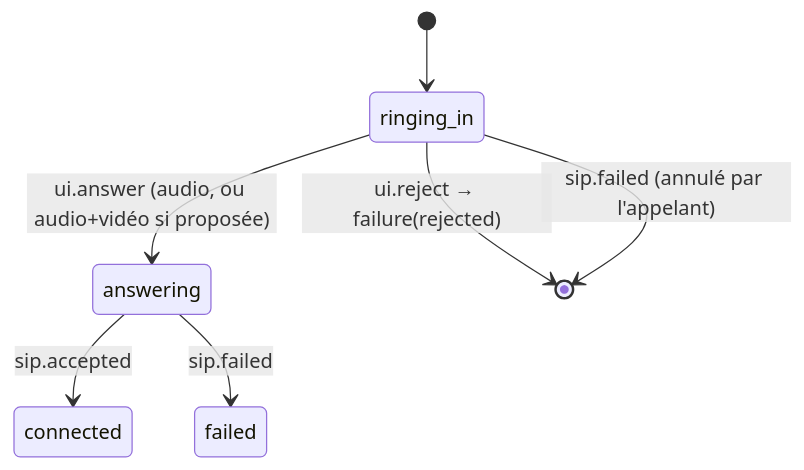
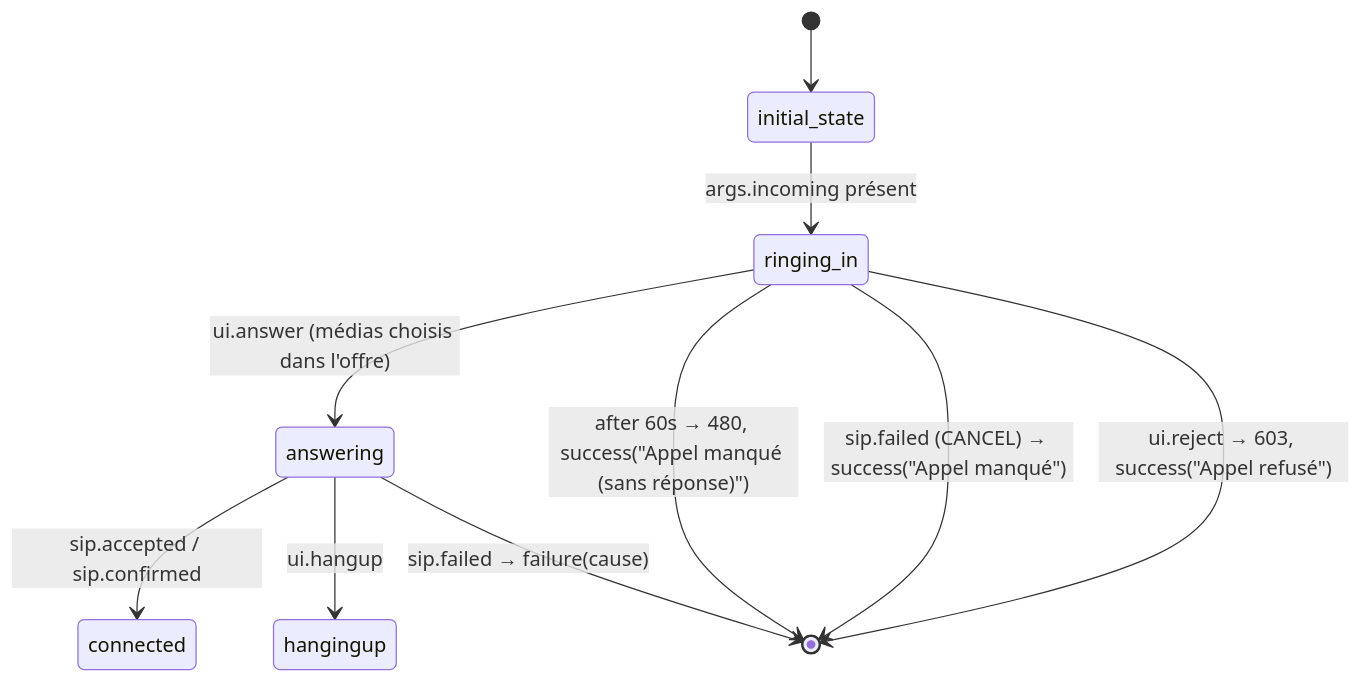
Before and after one commit to neutrino38/trix-web-client: the third of 3 diagrams in docs/CONCEPTION.md, drawn with Mermaid. The commit also changed other lines of this file and 22 other files, not shown here.

````diff
--- a/docs/CONCEPTION.md
+++ b/docs/CONCEPTION.md
@@ -151,9 +154,12 @@
 ```mermaid
 stateDiagram-v2
-  [*] --> ringing_in
-  ringing_in --> answering : ui.answer (audio, ou audio+vidéo si proposée)
-  ringing_in --> [*] : ui.reject → failure(rejected)
-  ringing_in --> [*] : sip.failed (annulé par l'appelant)
-  answering --> connected : sip.accepted
-  answering --> failed : sip.failed
+  [*] --> initial_state
+  initial_state --> ringing_in : args.incoming présent
+  ringing_in --> answering : ui.answer (médias choisis dans l'offre)
+  ringing_in --> [*] : ui.reject → 603, success("Appel refusé")
+  ringing_in --> [*] : sip.failed (CANCEL) → success("Appel manqué")
+  ringing_in --> [*] : after 60s → 480, success("Appel manqué (sans réponse)")
+  answering --> connected : sip.accepted / sip.confirmed
+  answering --> [*] : sip.failed → failure(cause)
+  answering --> hangingup : ui.hangup
 ```
````
